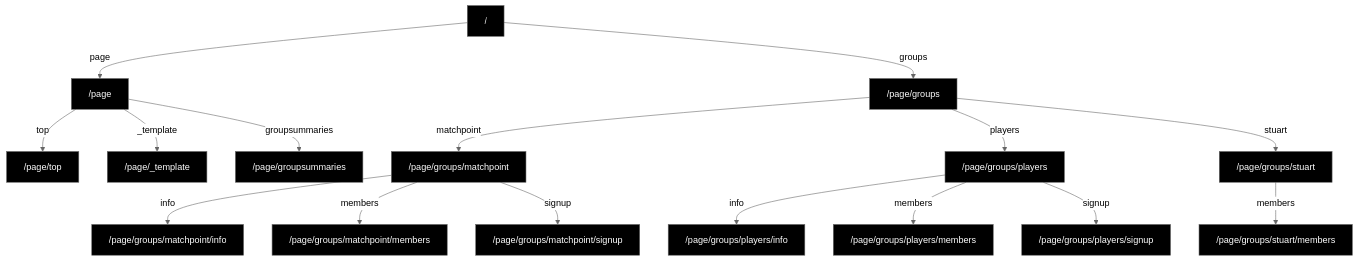
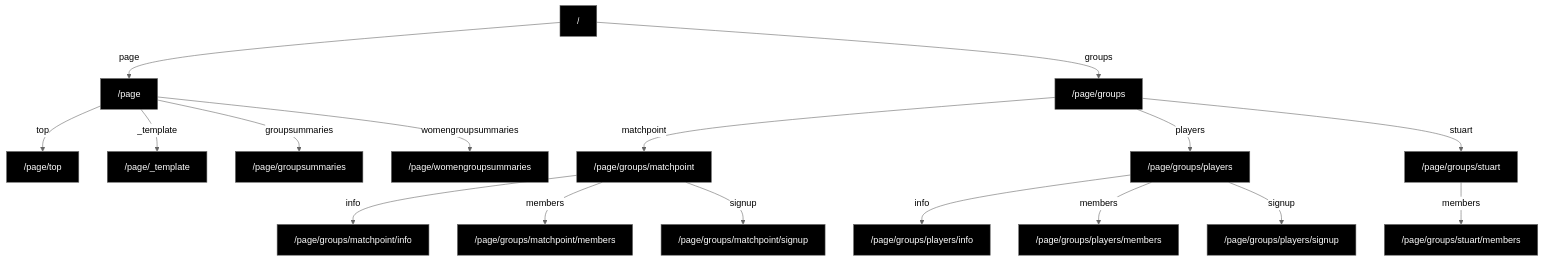
Before and after one commit to pelicanbaytennisgroups/content: the diagram in README.md, drawn with Mermaid (neutral theme). The commit also changed other lines of this file, not shown here.

Commit message:
Update README with external links map [ci skip]

````diff
--- a/README.md
+++ b/README.md
@@ -20,36 +21,38 @@
 ```mermaid
 graph TD
     %% Site structure diagram with styling
     classDef default fill:#000,color:#fff,stroke:#666,stroke-width:1px;
     Root["/"]
     page["/page"]
     Root -->|"page"| page
     page_top["/page/top"]
     page -->|"top"| page_top
     page_groups["/page/groups"]
     Root -->|"groups"| page_groups
     page_groups_matchpoint["/page/groups/matchpoint"]
     page_groups -->|"matchpoint"| page_groups_matchpoint
     page_groups_players["/page/groups/players"]
     page_groups -->|"players"| page_groups_players
     page_groups_stuart["/page/groups/stuart"]
     page_groups -->|"stuart"| page_groups_stuart
     page__template["/page/_template"]
     page -->|"_template"| page__template
     page_groups_matchpoint_info["/page/groups/matchpoint/info"]
     page_groups_matchpoint -->|"info"| page_groups_matchpoint_info
     page_groups_matchpoint_members["/page/groups/matchpoint/members"]
     page_groups_matchpoint -->|"members"| page_groups_matchpoint_members
     page_groups_matchpoint_signup["/page/groups/matchpoint/signup"]
     page_groups_matchpoint -->|"signup"| page_groups_matchpoint_signup
     page_groups_players_info["/page/groups/players/info"]
     page_groups_players -->|"info"| page_groups_players_info
     page_groups_players_members["/page/groups/players/members"]
     page_groups_players -->|"members"| page_groups_players_members
     page_groups_players_signup["/page/groups/players/signup"]
     page_groups_players -->|"signup"| page_groups_players_signup
     page_groups_stuart_members["/page/groups/stuart/members"]
     page_groups_stuart -->|"members"| page_groups_stuart_members
     page_groupsummaries["/page/groupsummaries"]
     page -->|"groupsummaries"| page_groupsummaries
+    page_womengroupsummaries["/page/womengroupsummaries"]
+    page -->|"womengroupsummaries"| page_womengroupsummaries
 ```
````
